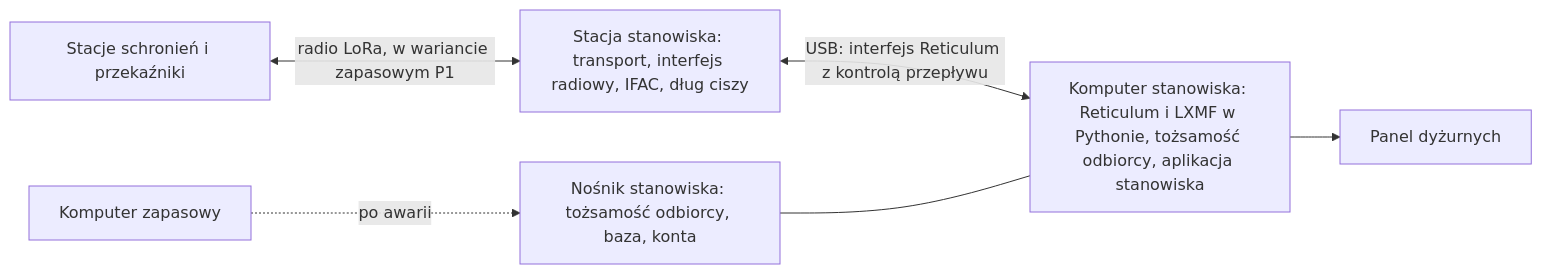
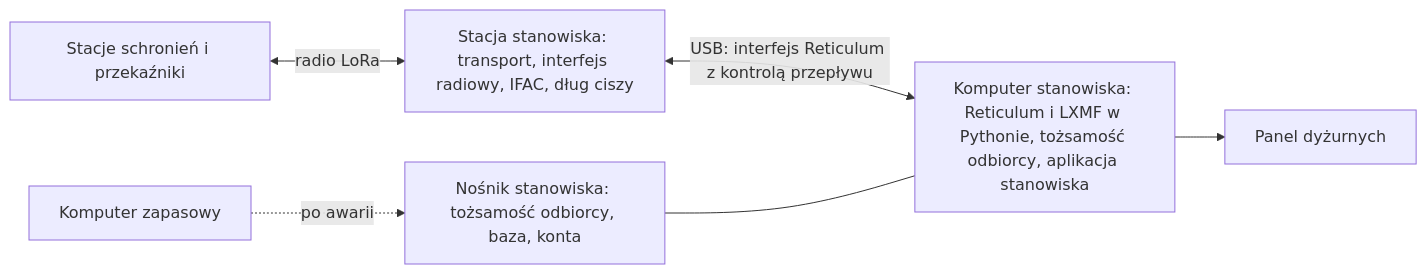
Before and after one commit to tmierzwa/WICI: the diagram in docs/spec/stanowisko-osp.md, drawn with Mermaid. The commit also changed other lines of this file and 23 other files, not shown here.

````diff
--- a/docs/spec/stanowisko-osp.md
+++ b/docs/spec/stanowisko-osp.md
@@ -39,8 +39,8 @@
 ```mermaid
 flowchart LR
-  S[Stacje schronień i przekaźniki] <-->|radio LoRa, w wariancie zapasowym P1| W[Stacja stanowiska: transport, interfejs radiowy, IFAC, dług ciszy]
+  S[Stacje schronień i przekaźniki] <-->|radio LoRa| W[Stacja stanowiska: transport, interfejs radiowy, IFAC, dług ciszy]
   W <-->|USB: interfejs Reticulum z kontrolą przepływu| K[Komputer stanowiska: Reticulum i LXMF w Pythonie, tożsamość odbiorcy, aplikacja stanowiska]
   N[Nośnik stanowiska: tożsamość odbiorcy, baza, konta] --- K
   K2[Komputer zapasowy] -.->|po awarii| N
   K --> D[Panel dyżurnych]
 ```
````
